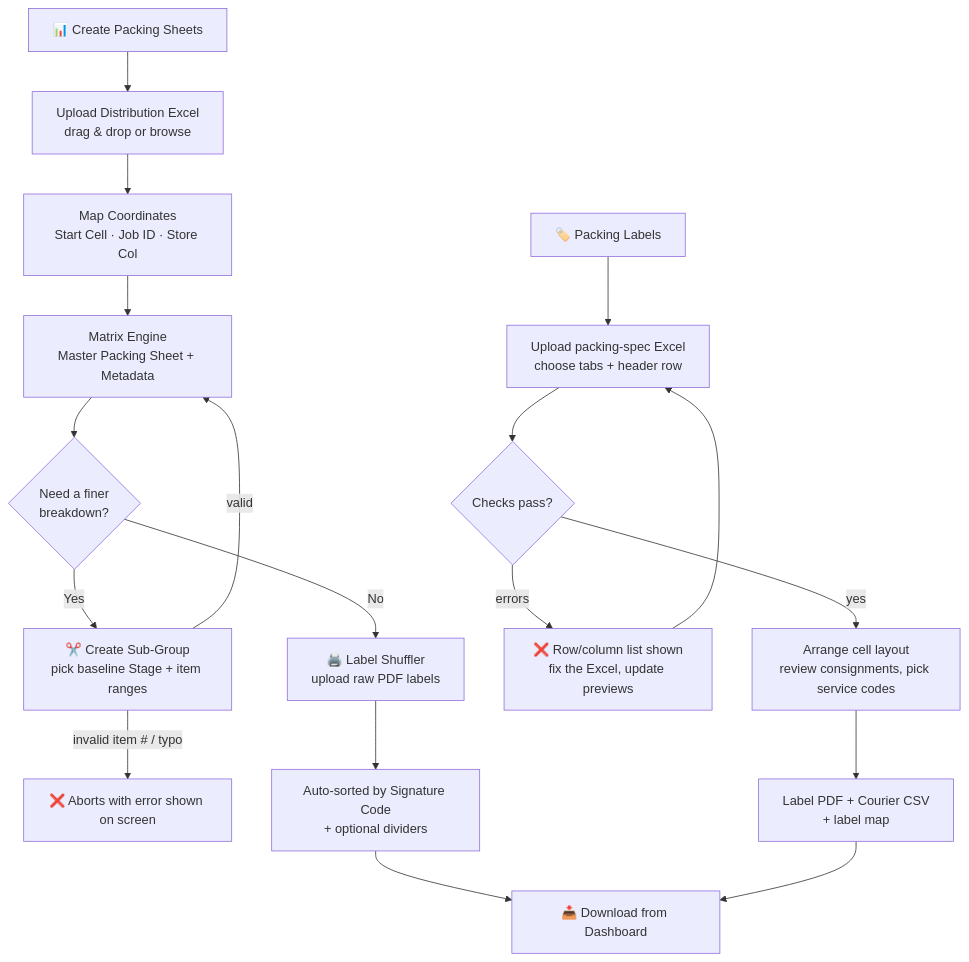
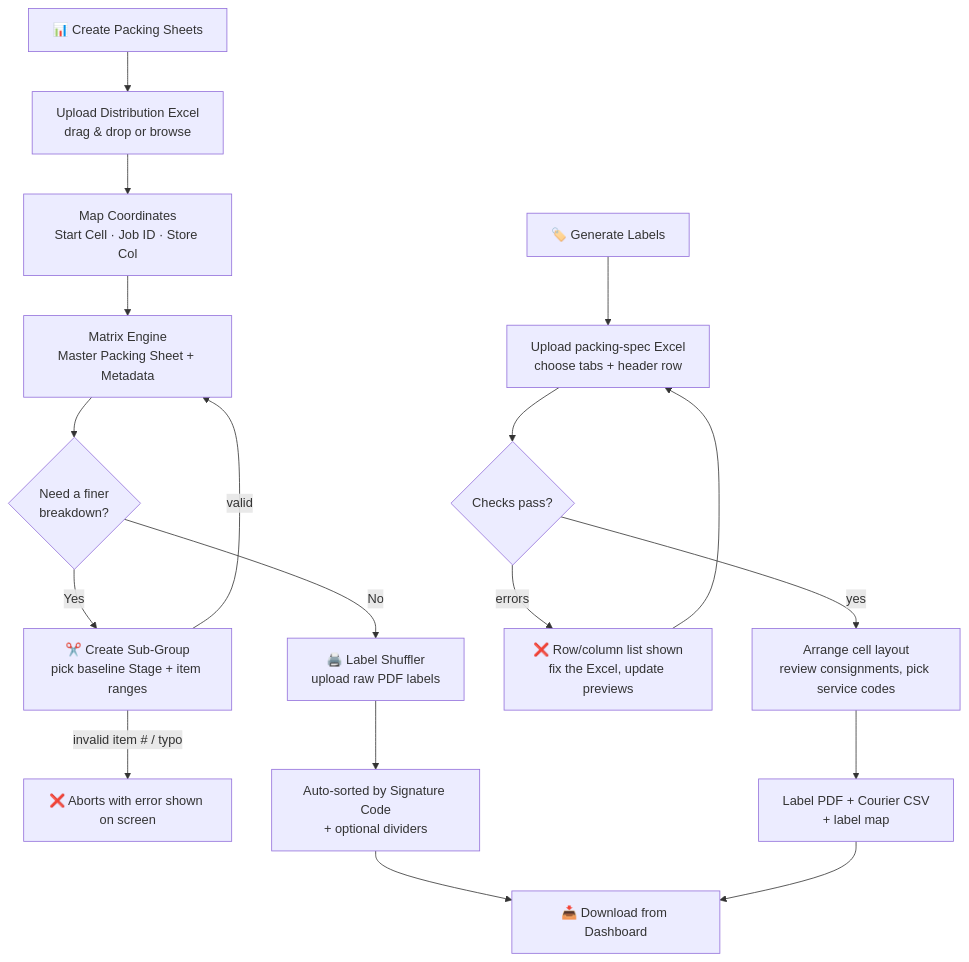
One commit to nesubat/Warehouse_app changed the diagram in README.md. Above: the diagram before and after it, drawn with Mermaid. The commit also changed other lines of this file and 25 other files, not shown here.

````diff
--- a/README.md
+++ b/README.md
@@ -103,21 +117,21 @@
 ```mermaid
 flowchart TD
     A[📊 Create Packing Sheets] --> B[Upload Distribution Excel<br/>drag & drop or browse]
     B --> C[Map Coordinates<br/>Start Cell · Job ID · Store Col]
     C --> D[Matrix Engine<br/>Master Packing Sheet + Metadata]
     D --> E{Need a finer<br/>breakdown?}
     E -- Yes --> F[✂️ Create Sub-Group<br/>pick baseline Stage + item ranges]
     F -- invalid item # / typo --> F2[❌ Aborts with error shown on screen]
     F -- valid --> D
     E -- No --> G[🖨️ Label Shuffler<br/>upload raw PDF labels]
     G --> H[Auto-sorted by Signature Code<br/>+ optional dividers]
     H --> I[📥 Download from Dashboard]
 
-    P[🏷️ Packing Labels] --> Q[Upload packing-spec Excel<br/>choose tabs + header row]
+    P[🏷️ Generate Labels] --> Q[Upload packing-spec Excel<br/>choose tabs + header row]
     Q --> R{Checks pass?}
     R -- errors --> R2[❌ Row/column list shown<br/>fix the Excel, update previews]
     R2 --> Q
     R -- yes --> S[Arrange cell layout<br/>review consignments, pick service codes]
     S --> T[Label PDF + Courier CSV<br/>+ label map]
     T --> I
 ```
````
